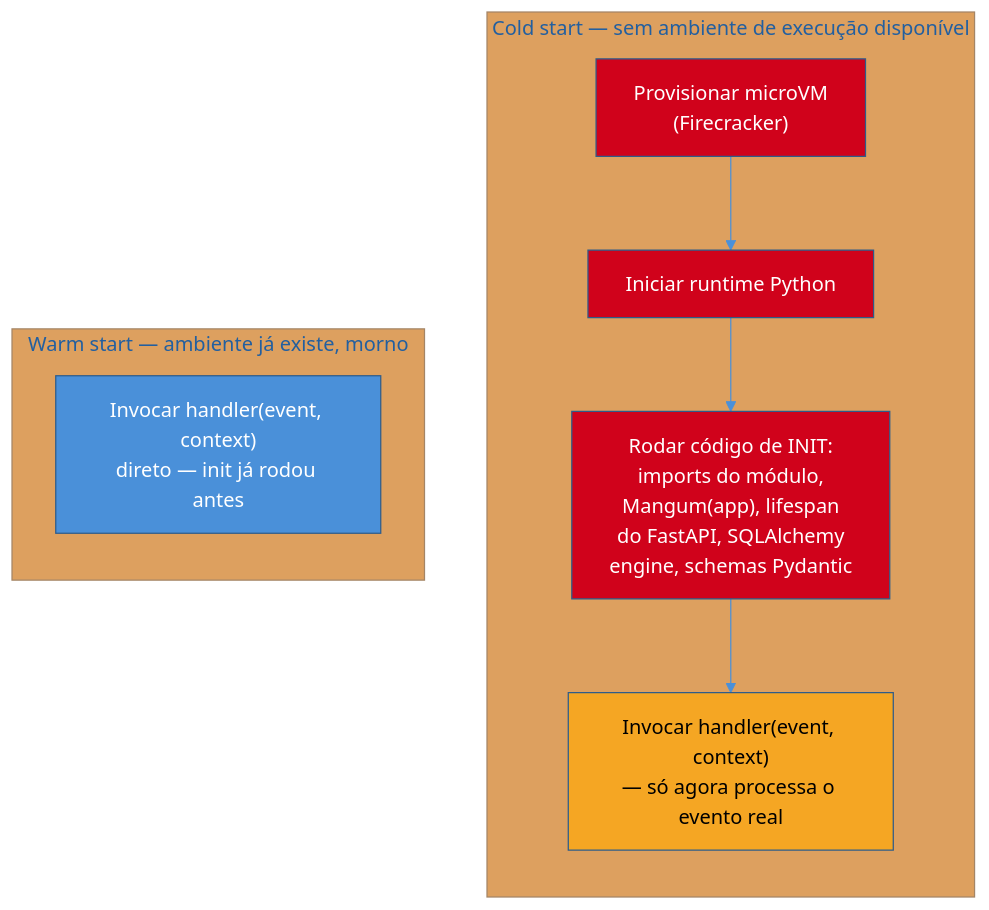
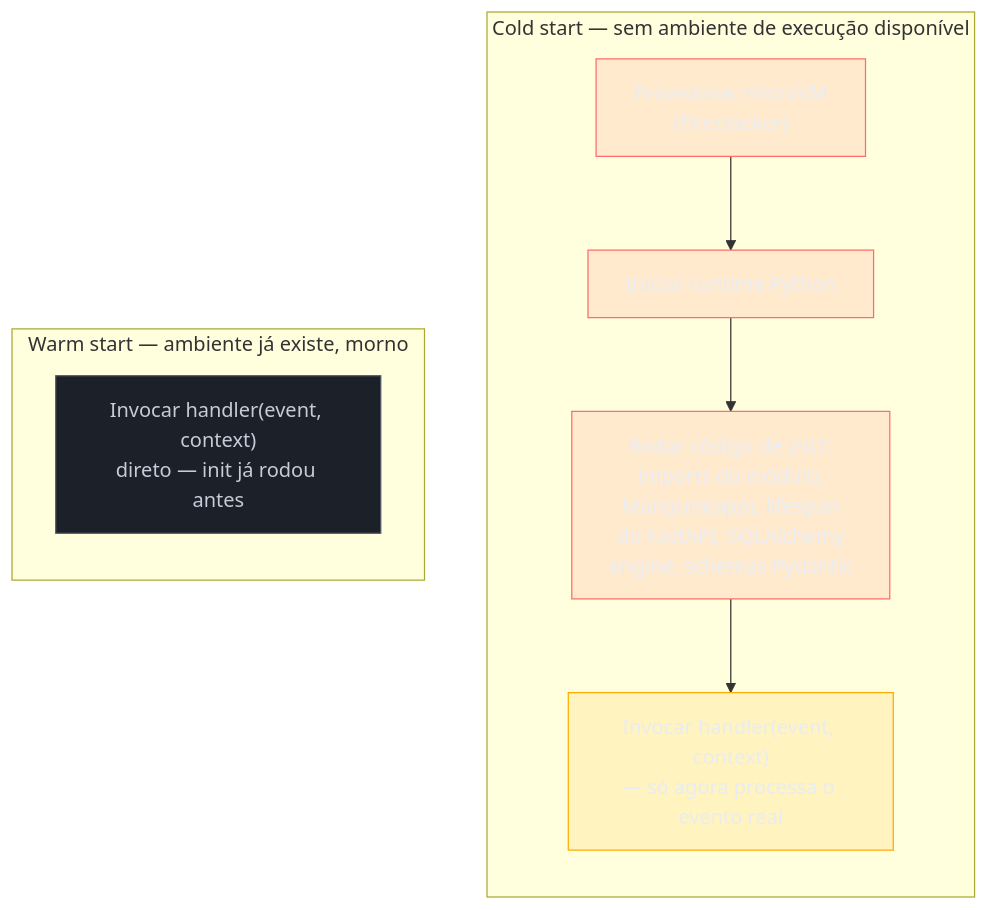
The second of 2 diagrams in 03-Dominios/Tecnologia/Python/Cloud-native e produção/06 - Serverless com AWS Lambda — Mangum e cold start.md (josenaldo/codex-technomanticus), drawn with Mermaid before and after one commit. The commit also changed other lines of this file and 1181 other files, not shown here.

First line of the commit message:
fix(diagramas): paleta do sistema no lugar de cor cravada no markdown

````diff
--- a/03-Dominios/Tecnologia/Python/Cloud-native e produção/06 - Serverless com AWS Lambda — Mangum e cold start.md
+++ b/03-Dominios/Tecnologia/Python/Cloud-native e produção/06 - Serverless com AWS Lambda — Mangum e cold start.md
@@ -133,23 +134,25 @@
 ```mermaid
-%%{init: {"theme": "base", "themeVariables": {"primaryColor": "#4A90D9", "primaryBorderColor": "#2E5C8A", "lineColor": "#4A90D9"}}}%%
 flowchart TB
+    classDef falha fill:#FF6B6B24,stroke:#FF6B6B,color:#E9ECF2
+    classDef destaque fill:#FFAA0024,stroke:#FFAA00,color:#E9ECF2
+    classDef neutro fill:#1B2029,stroke:#4E5666,color:#C6CCD8
     subgraph COLD["Cold start — sem ambiente de execução disponível"]
         direction TB
         C1["Provisionar microVM\n(Firecracker)"]
         C2["Iniciar runtime Python"]
         C3["Rodar código de INIT:\nimports do módulo,\nMangum(app), lifespan\ndo FastAPI, SQLAlchemy\nengine, schemas Pydantic"]
         C4["Invocar handler(event, context)\n— só agora processa o evento real"]
         C1 --> C2 --> C3 --> C4
     end
 
     subgraph WARM["Warm start — ambiente já existe, morno"]
         direction TB
         W1["Invocar handler(event, context)\ndireto — init já rodou antes"]
     end
 
-    style C1 fill:#D0021B,color:#fff
-    style C2 fill:#D0021B,color:#fff
-    style C3 fill:#D0021B,color:#fff
-    style C4 fill:#F5A623,color:#000
-    style W1 fill:#4A90D9,color:#fff
+    class C1 falha
+    class C2 falha
+    class C3 falha
+    class C4 destaque
+    class W1 neutro
 ```
````
